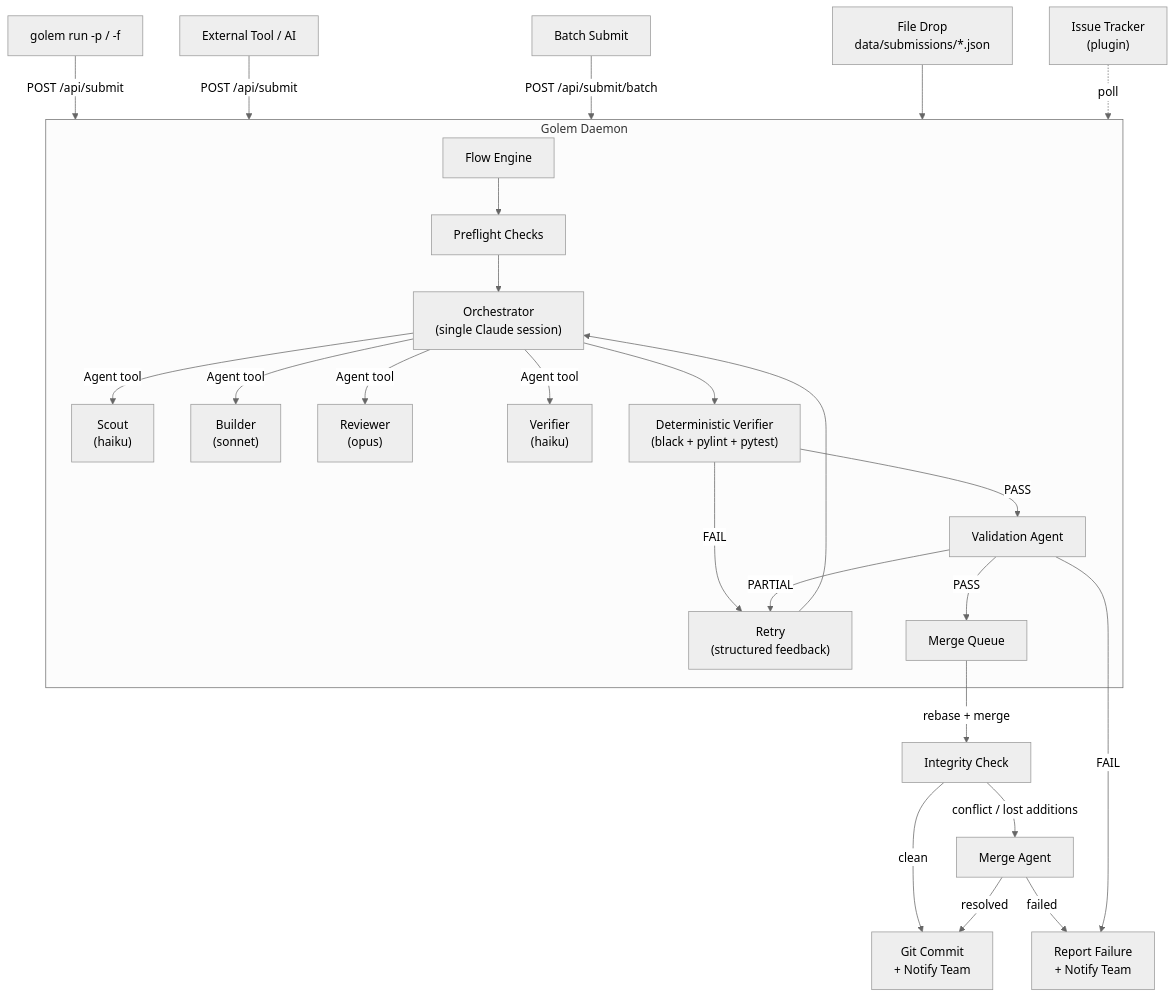
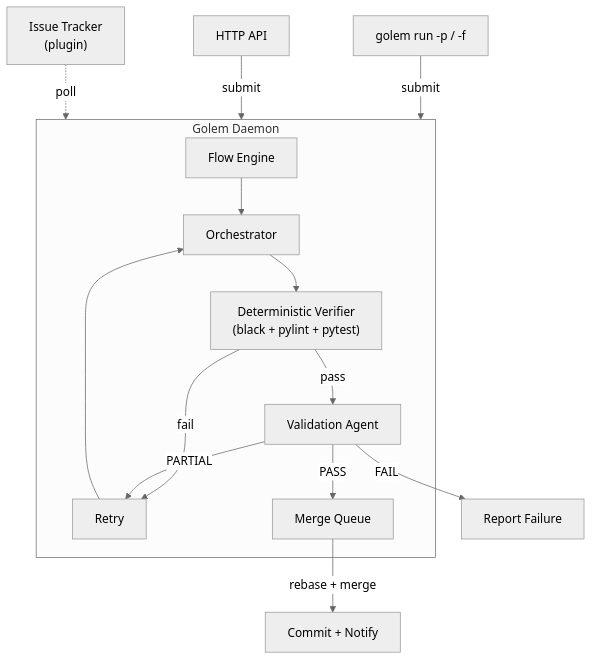
Before and after one commit to itsmeboris/Golem: the first of 5 diagrams in README.md, drawn with Mermaid (neutral theme). The commit also changed other lines of this file, not shown here.

````diff
--- a/README.md
+++ b/README.md
@@ -164,34 +150,18 @@
 ```mermaid
 flowchart TB
-    cli["golem run -p / -f"] -- "POST /api/submit" --> daemon
-    api["External Tool / AI"] -- "POST /api/submit" --> daemon
-    batch["Batch Submit"] -- "POST /api/submit/batch" --> daemon
-    drop["File Drop<br/>data/submissions/*.json"] --> daemon
-    tracker["Issue Tracker<br/>(plugin)"] -. "poll" .-> daemon
+    cli["golem run -p / -f"] -- submit --> daemon
+    api["HTTP API"] -- submit --> daemon
+    tracker["Issue Tracker<br/>(plugin)"] -. poll .-> daemon
 
     subgraph daemon ["Golem Daemon"]
-        flow["Flow Engine"] --> preflight["Preflight Checks"]
-        preflight --> orch["Orchestrator<br/>(single Claude session)"]
-
-        orch -- "Agent tool" --> scout["Scout<br/>(haiku)"]
-        orch -- "Agent tool" --> builder["Builder<br/>(sonnet)"]
-        orch -- "Agent tool" --> reviewer["Reviewer<br/>(opus)"]
-        orch -- "Agent tool" --> verifier["Verifier<br/>(haiku)"]
-
+        flow["Flow Engine"] --> orch["Orchestrator"]
         orch --> vfy["Deterministic Verifier<br/>(black + pylint + pytest)"]
-
-        vfy -- FAIL --> retry["Retry<br/>(structured feedback)"]
-        retry --> orch
-        vfy -- PASS --> val["Validation Agent"]
-
+        vfy -- fail --> retry["Retry"] --> orch
+        vfy -- pass --> val["Validation Agent"]
         val -- PASS --> mq["Merge Queue"]
         val -- PARTIAL --> retry
     end
 
-    mq -- "rebase + merge" --> verify["Integrity Check"]
-    verify -- "clean" --> commit["Git Commit<br/>+ Notify Team"]
-    verify -- "conflict / lost additions" --> magent["Merge Agent"]
-    magent -- "resolved" --> commit
-    magent -- "failed" --> report
-    val -- FAIL --> report["Report Failure<br/>+ Notify Team"]
+    mq -- "rebase + merge" --> commit["Commit + Notify"]
+    val -- FAIL --> report["Report Failure"]
 ```
````
